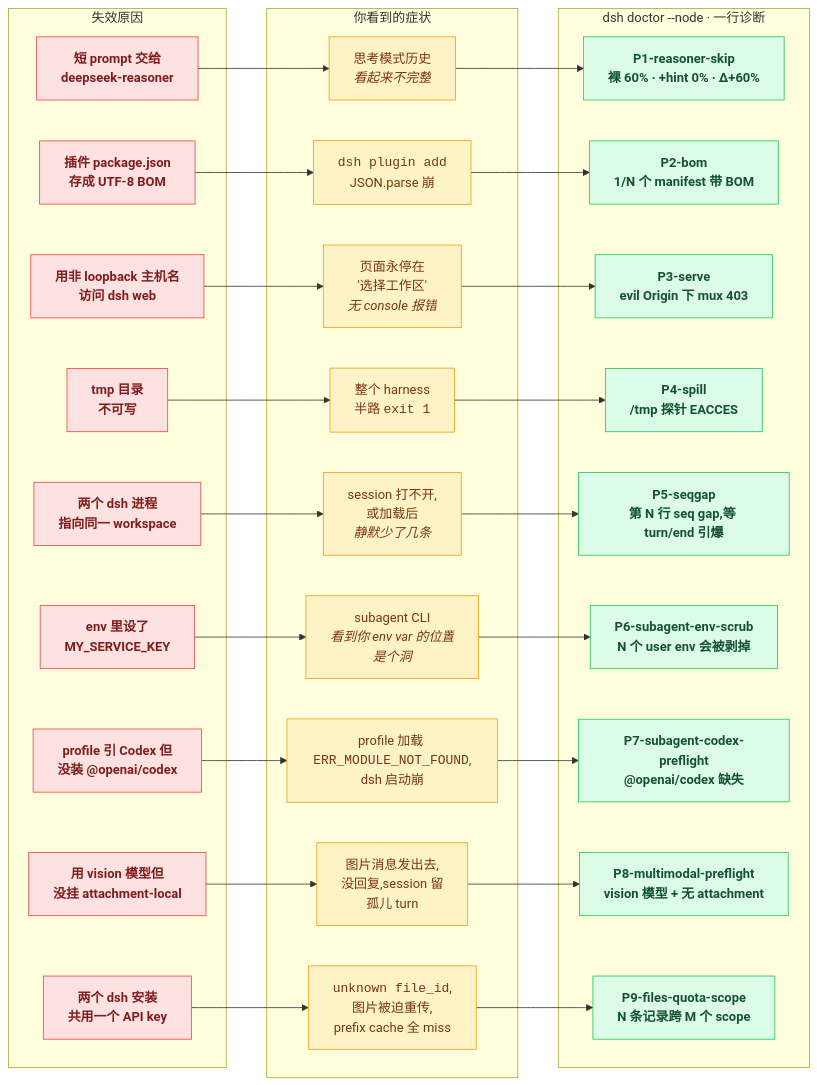
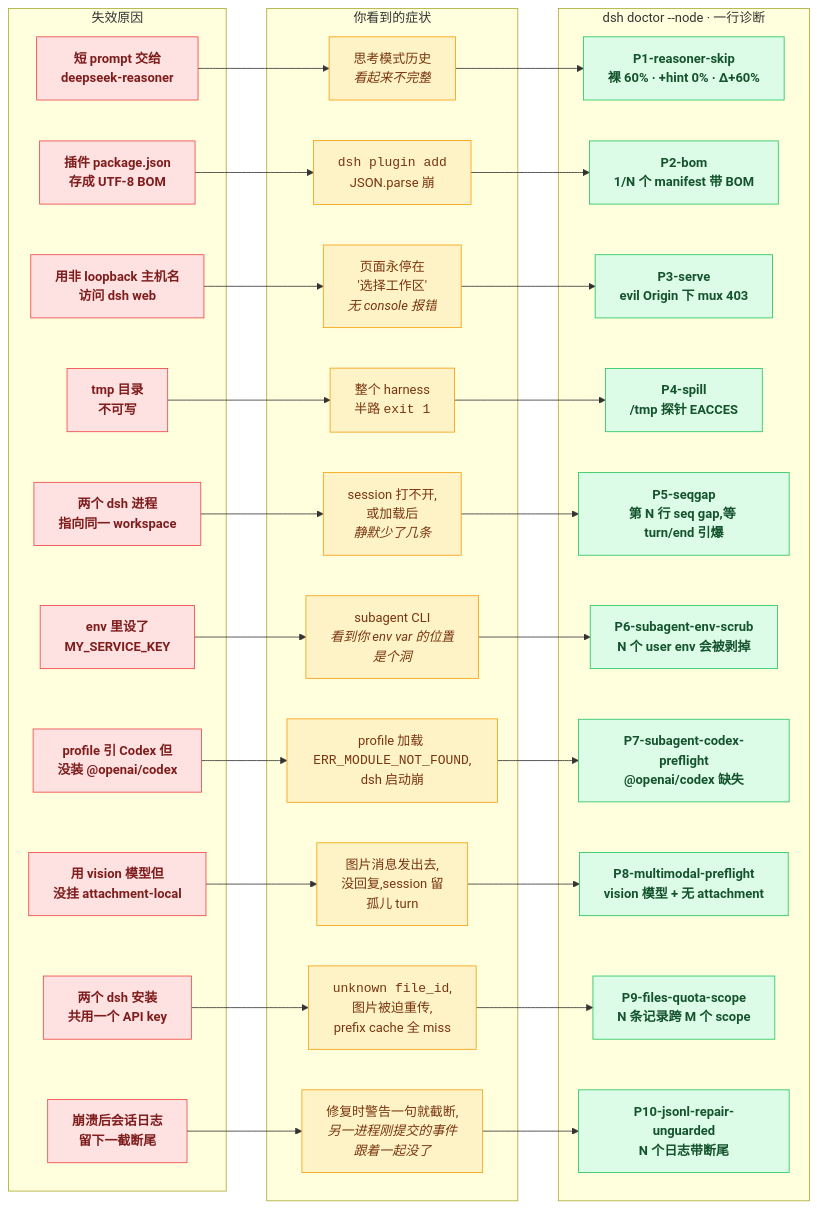
The first of 4 diagrams in README.zh-CN.md (HenryZ838978/deepseek-harness), drawn with Mermaid before and after one commit. The commit also changed other lines of this file and 1 other file, not shown here.

Commit message:
docs(readme): P10 in the badge, the flow chart, and the probe table
P10-jsonl-repair-unguarded shipped in cli 0.5.0 but the README still said
nine probes in four places: the doctor badge, the prose count, the mermaid
failure-mode chart, and the table. Both locales.

````diff
--- a/README.zh-CN.md
+++ b/README.zh-CN.md
@@ -53,6 +53,7 @@
     F7["profile 引 Codex 但<br/>没装 @openai/codex"]:::fail
     F8["用 vision 模型但<br/>没挂 attachment-local"]:::fail
     F9["两个 dsh 安装<br/>共用一个 API key"]:::fail
+    F10["崩溃后会话日志<br/>留下一截断尾"]:::fail
 
     S1["思考模式历史<br/><i>看起来不完整</i>"]:::sym
     S2["<code>dsh plugin add</code><br/>JSON.parse 崩"]:::sym
@@ -63,6 +64,7 @@
     S7["profile 加载 <code>ERR_MODULE_NOT_FOUND</code>,<br/>dsh 启动崩"]:::sym
     S8["图片消息发出去,<br/>没回复,session 留<br/>孤儿 turn"]:::sym
     S9["<code>unknown file_id</code>,<br/>图片被迫重传,<br/>prefix cache 全 miss"]:::sym
+    S10["修复时警告一句就截断,<br/><i>另一进程刚提交的事件<br/>跟着一起没了</i>"]:::sym
 
     D1["<b>P1-reasoner-skip</b><br/>裸 60% · +hint 0% · Δ+60%"]:::fix
     D2["<b>P2-bom</b><br/>1/N 个 manifest 带 BOM"]:::fix
@@ -73,6 +75,7 @@
     D7["<b>P7-subagent-codex-preflight</b><br/>@openai/codex 缺失"]:::fix
     D8["<b>P8-multimodal-preflight</b><br/>vision 模型 + 无 attachment"]:::fix
     D9["<b>P9-files-quota-scope</b><br/>N 条记录跨 M 个 scope"]:::fix
+    D10["<b>P10-jsonl-repair-unguarded</b><br/>N 个日志带断尾"]:::fix
 
     F1 --> S1 --> D1
     F2 --> S2 --> D2
@@ -83,6 +86,7 @@
     F7 --> S7 --> D7
     F8 --> S8 --> D8
     F9 --> S9 --> D9
+    F10 --> S10 --> D10
 
     subgraph L1["失效原因"]
       F1
@@ -94,6 +98,7 @@
       F7
       F8
       F9
+      F10
     end
     subgraph L2["你看到的症状"]
       S1
@@ -105,6 +110,7 @@
       S7
       S8
       S9
+      S10
     end
     subgraph L3["dsh doctor --node · 一行诊断"]
       D1
@@ -116,5 +122,6 @@
       D7
       D8
       D9
+      D10
     end
 ```
````
